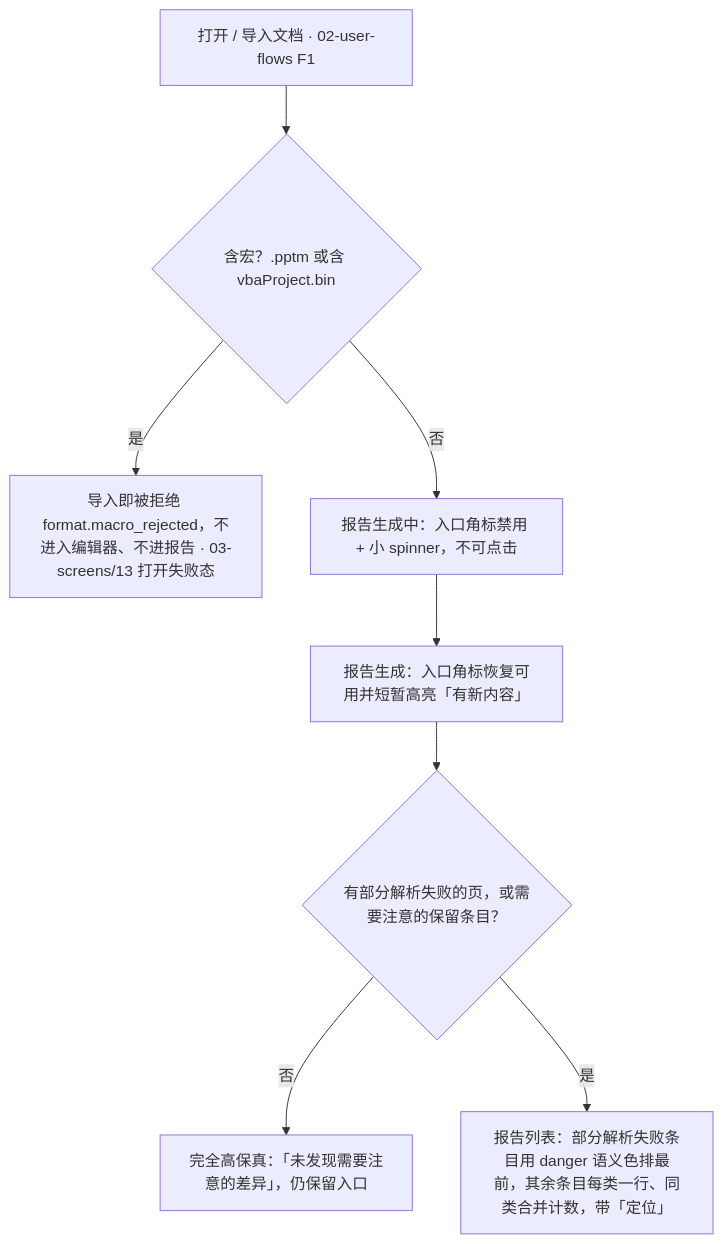
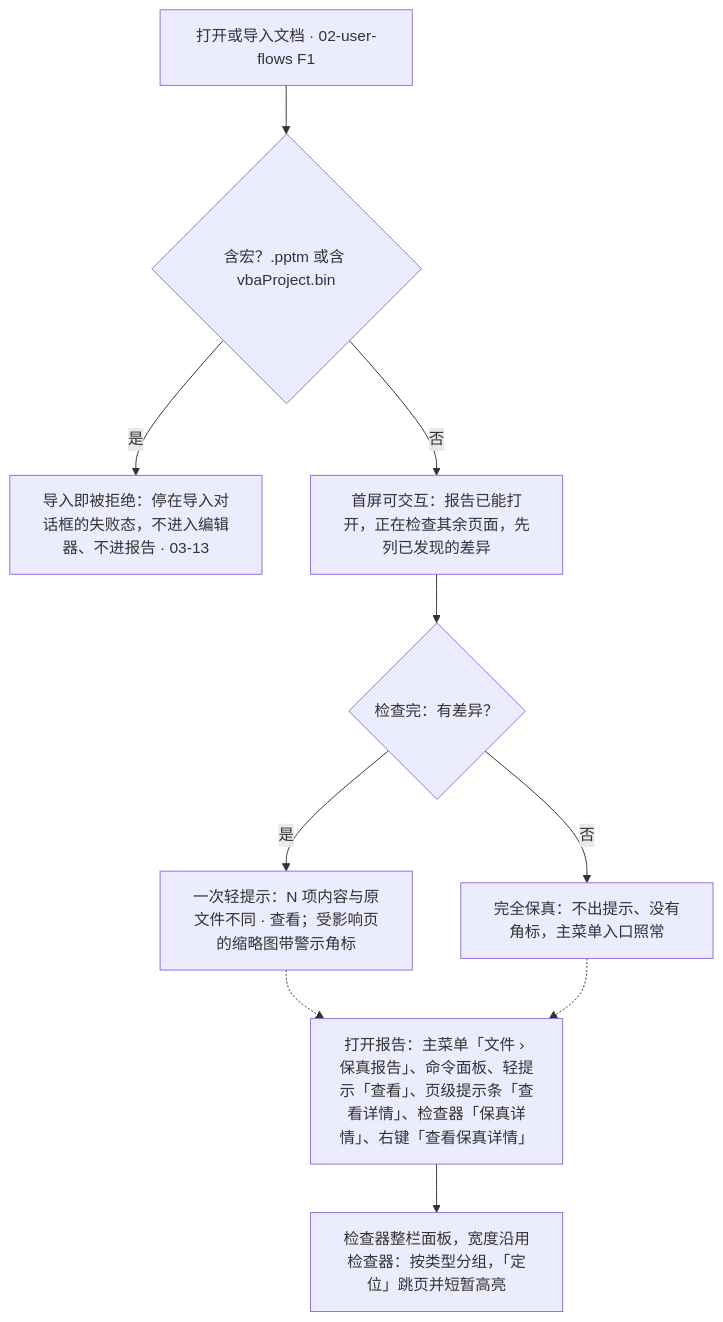
The diagram in docs/20-design/03-screens/10-fidelity-report.md (Xeonice/cordis-ppt-editor), drawn with Mermaid before and after one commit. The commit also changed other lines of this file and 44 other files, not shown here.

````diff
--- a/docs/20-design/03-screens/10-fidelity-report.md
+++ b/docs/20-design/03-screens/10-fidelity-report.md
@@ -92,16 +108,21 @@
 ```mermaid
 flowchart TB
-  imp["打开 / 导入文档 · 02-user-flows F1"]
+  imp["打开或导入文档 · 02-user-flows F1"]
   mac{"含宏？.pptm 或含 vbaProject.bin"}
-  rej["导入即被拒绝 format.macro_rejected，不进入编辑器、不进报告 · 03-screens/13 打开失败态"]
-  gen["报告生成中：入口角标禁用 + 小 spinner，不可点击"]
-  ready["报告生成：入口角标恢复可用并短暂高亮「有新内容」"]
-  q1{"有部分解析失败的页，或需要注意的保留条目？"}
-  fullOk["完全高保真：「未发现需要注意的差异」，仍保留入口"]
-  list["报告列表：部分解析失败条目用 danger 语义色排最前，其余条目每类一行、同类合并计数，带「定位」"]
+  rej["导入即被拒绝：停在导入对话框的失败态，不进入编辑器、不进报告 · 03-13"]
+  gen["首屏可交互：报告已能打开，正在检查其余页面，先列已发现的差异"]
+  done{"检查完：有差异？"}
+  clean["完全保真：不出提示、没有角标，主菜单入口照常"]
+  toast["一次轻提示：N 项内容与原文件不同 · 查看；受影响页的缩略图带警示角标"]
+  entries["打开报告：主菜单「文件 › 保真报告」、命令面板、轻提示「查看」、页级提示条「查看详情」、检查器「保真详情」、右键「查看保真详情」"]
+  panel["检查器整栏面板，宽度沿用检查器：按类型分组，「定位」跳页并短暂高亮"]
   imp --> mac
   mac -->|"是"| rej
-  mac -->|"否"| gen --> ready --> q1
-  q1 -->|"否"| fullOk
-  q1 -->|"是"| list
+  mac -->|"否"| gen
+  gen --> done
+  done -->|"否"| clean
+  done -->|"是"| toast
+  toast -.-> entries
+  clean -.-> entries
+  entries --> panel
 ```
````
